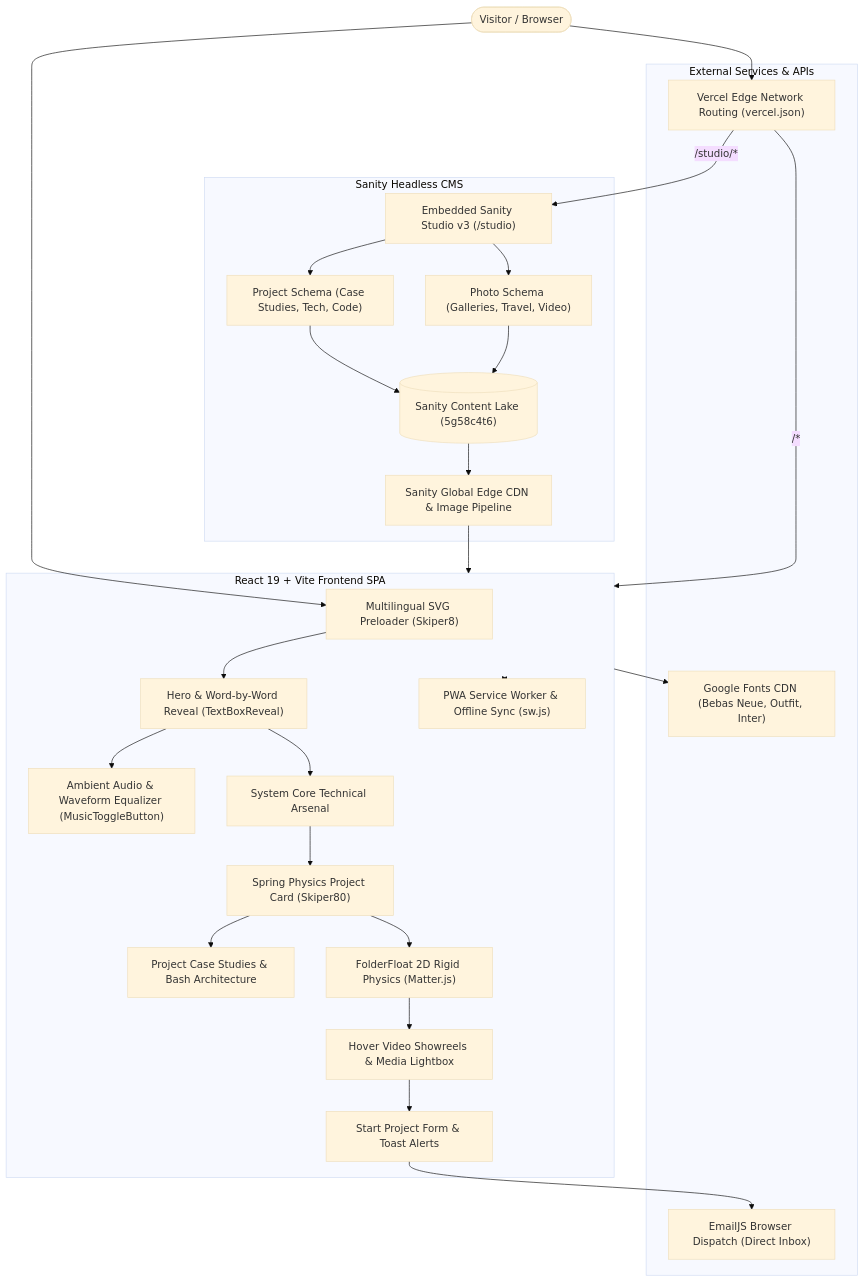
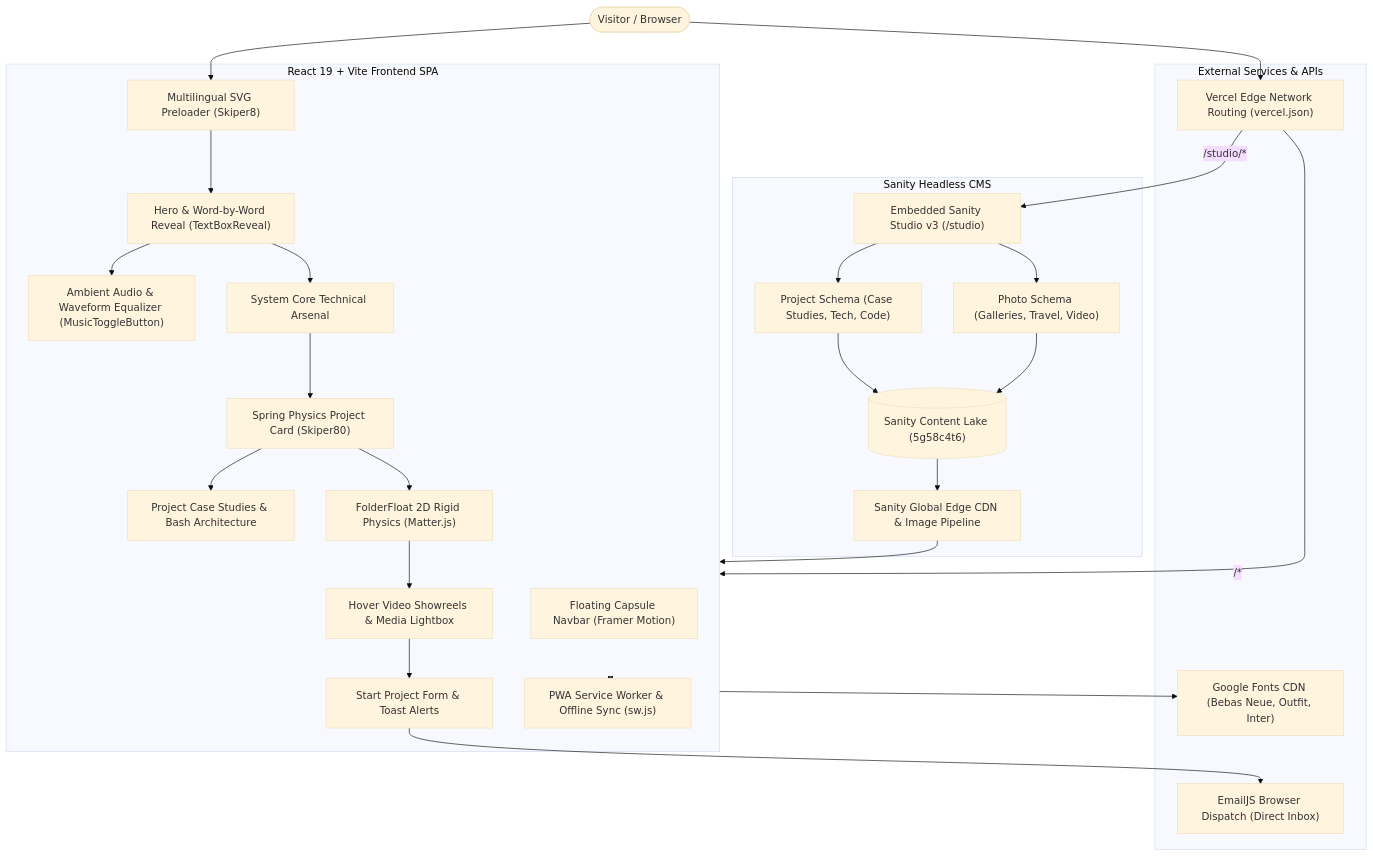
One commit to harsha08-2k6/Portfolio changed the diagram in README.md. Above: the diagram before and after it, drawn with Mermaid (base theme). The commit also changed other lines of this file, not shown here.

Commit message:
docs: update README with Floating Capsule Navbar architecture and feature specs

````diff
--- a/README.md
+++ b/README.md
@@ -32,56 +32,57 @@
 ```mermaid
 flowchart TD
     User([Visitor / Browser])
 
     subgraph Client["React 19 + Vite Frontend SPA"]
+        Navbar["Floating Capsule Navbar (Framer Motion)"]
         Preloader["Multilingual SVG Preloader (Skiper8)"]
         Hero["Hero & Word-by-Word Reveal (TextBoxReveal)"]
         Audio["Ambient Audio & Waveform Equalizer (MusicToggleButton)"]
         Matrix["System Core Technical Arsenal"]
         Showcase["Spring Physics Project Card (Skiper80)"]
         Physics["FolderFloat 2D Rigid Physics (Matter.js)"]
         Reels["Hover Video Showreels & Media Lightbox"]
         Details["Project Case Studies & Bash Architecture"]
         ContactForm["Start Project Form & Toast Alerts"]
         PWA["PWA Service Worker & Offline Sync (sw.js)"]
     end
 
     subgraph CMS["Sanity Headless CMS"]
         Studio["Embedded Sanity Studio v3 (/studio)"]
         DataLake[("Sanity Content Lake (5g58c4t6)")]
         ProjectSchema["Project Schema (Case Studies, Tech, Code)"]
         PhotoSchema["Photo Schema (Galleries, Travel, Video)"]
         CDN["Sanity Global Edge CDN & Image Pipeline"]
     end
 
     subgraph Services["External Services & APIs"]
         EmailJS["EmailJS Browser Dispatch (Direct Inbox)"]
         VercelCDN["Vercel Edge Network Routing (vercel.json)"]
         GoogleFonts["Google Fonts CDN (Bebas Neue, Outfit, Inter)"]
     end
 
     User --> Preloader
     Preloader --> Hero
     Hero --> Audio
     Hero --> Matrix
     Matrix --> Showcase
     Showcase --> Details
     Showcase --> Physics
     Physics --> Reels
     Reels --> ContactForm
 
     Client <--> PWA
     ContactForm --> EmailJS
     Client --> GoogleFonts
 
     Studio --> ProjectSchema
     Studio --> PhotoSchema
     ProjectSchema --> DataLake
     PhotoSchema --> DataLake
     DataLake --> CDN
     CDN --> Client
 
     User --> VercelCDN
     VercelCDN -->|/studio/*| Studio
     VercelCDN -->|/*| Client
 ```
````
